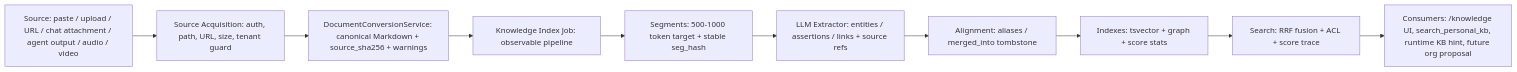
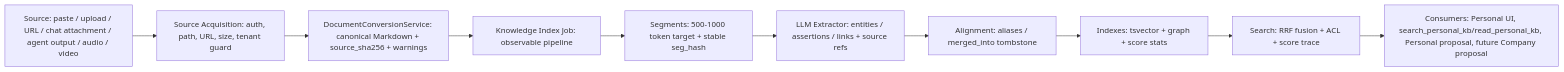
The diagram in docs/personal-knowledge-base-completion-contract-2026-07-08.md (SteamRocket-Labs/hiveclaw), drawn with Mermaid before and after one commit. The commit also changed other lines of this file and 12 other files, not shown here.

````diff
--- a/docs/personal-knowledge-base-completion-contract-2026-07-08.md
+++ b/docs/personal-knowledge-base-completion-contract-2026-07-08.md
@@ -34,12 +29,12 @@
 ```mermaid
 flowchart LR
   A["Source: paste / upload / URL / chat attachment / agent output / audio / video"] --> B["Source Acquisition: auth, path, URL, size, tenant guard"]
   B --> C["DocumentConversionService: canonical Markdown + source_sha256 + warnings"]
   C --> D["Knowledge Index Job: observable pipeline"]
   D --> E["Segments: 500-1000 token target + stable seg_hash"]
   E --> F["LLM Extractor: entities / assertions / links + source refs"]
   F --> G["Alignment: aliases / merged_into tombstone"]
   G --> H["Indexes: tsvector + graph + score stats"]
   H --> I["Search: RRF fusion + ACL + score trace"]
-  I --> J["Consumers: /knowledge UI, search_personal_kb, runtime KB hint, future org proposal"]
+  I --> J["Consumers: Personal UI, search_personal_kb/read_personal_kb, Personal proposal, future Company proposal"]
 ```
````
